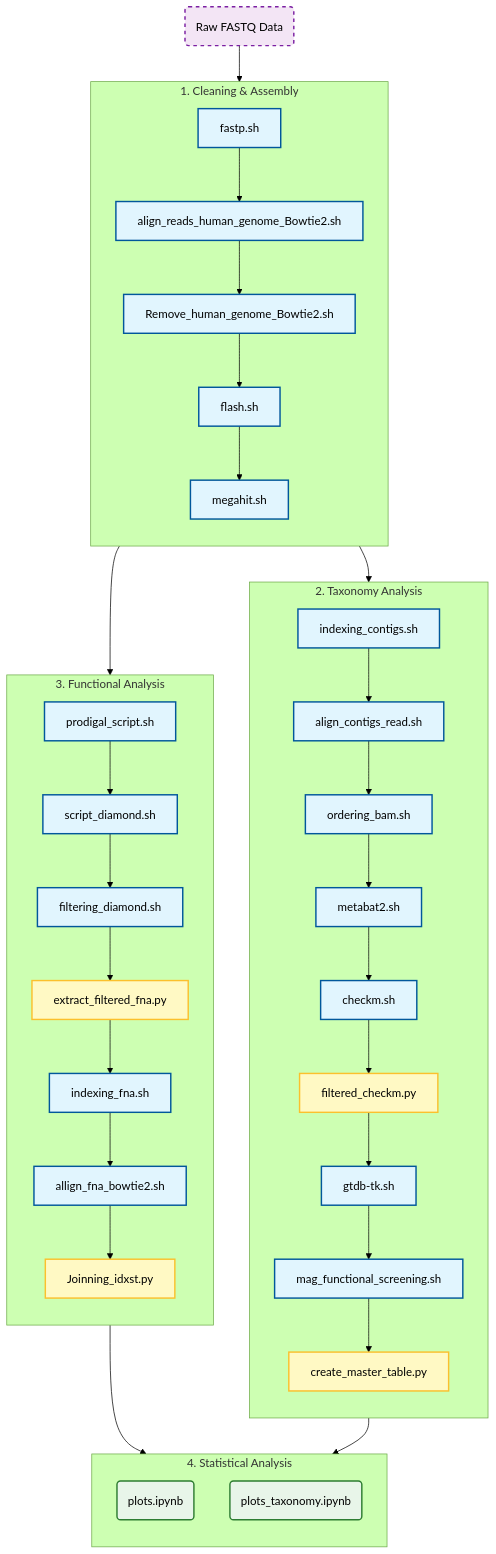
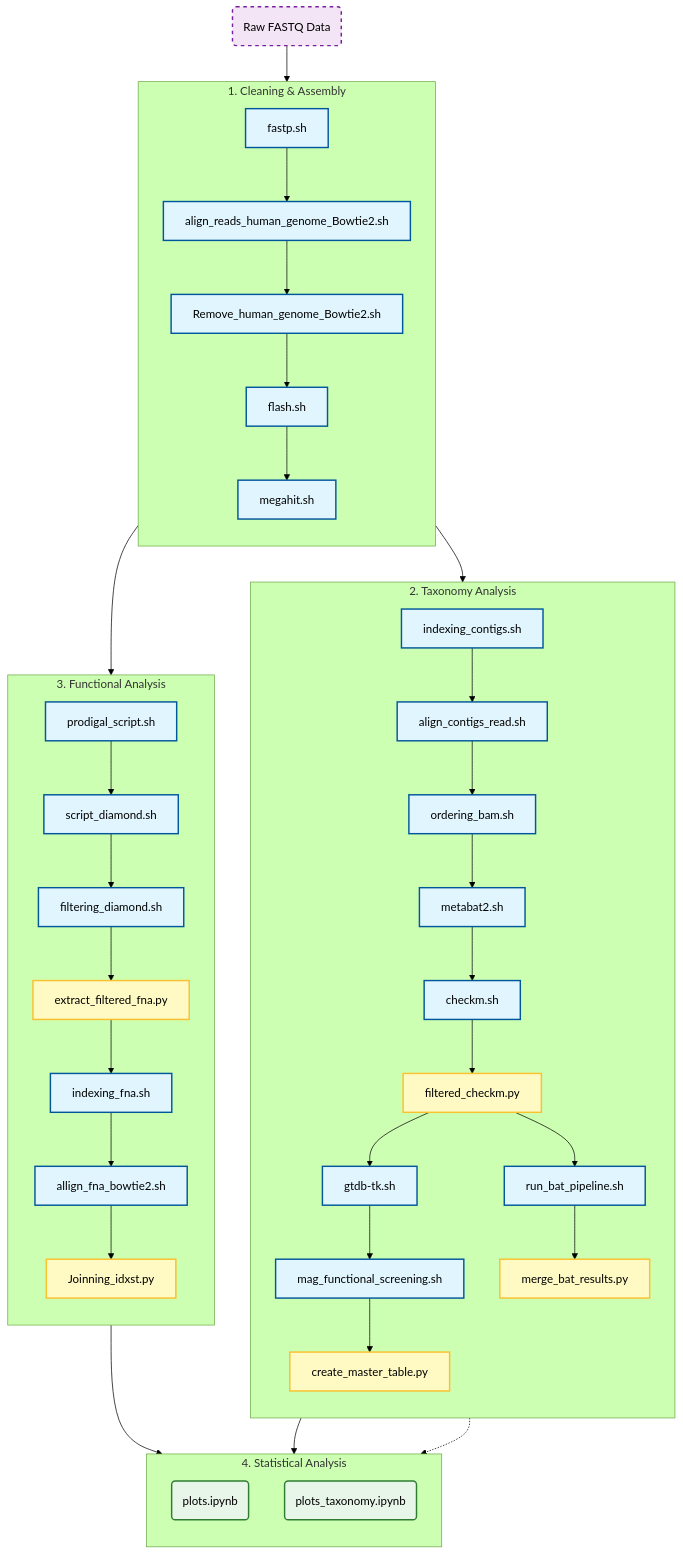
One commit to Marcosv21/Doc_project changed the diagram in README.md. Above: the diagram before and after it, drawn with Mermaid (forest theme). The commit also changed other lines of this file and 10 other files, not shown here.

First line of the commit message:
Add statistical analysis scripts and BAT classification pipeline

````diff
--- a/README.md
+++ b/README.md
@@ -29,59 +30,70 @@
 ```mermaid
 graph TD
-    %% Node Styles - Adicionei "color:#000000" para texto preto
+    %% Node Styles
     classDef shell fill:#e1f5fe,stroke:#01579b,stroke-width:2px,color:#000000;
     classDef python fill:#fff9c4,stroke:#fbc02d,stroke-width:2px,color:#000000;
     classDef ipynb fill:#e8f5e9,stroke:#2e7d32,stroke-width:2px,color:#000000;
     classDef start fill:#f3e5f5,stroke:#7b1fa2,stroke-width:2px,stroke-dasharray: 5 5,color:#000000;
 
     %% Start Node
     Input(Raw FASTQ Data):::start --> Clean1
 
     %% --- 1. CLEANING & ASSEMBLY ---
     subgraph Cleaning ["1. Cleaning & Assembly"]
         direction TB
         Clean1[fastp.sh]:::shell --> Clean2[align_reads_human_genome_Bowtie2.sh]:::shell
         Clean2 --> Clean3[Remove_human_genome_Bowtie2.sh]:::shell
         Clean3 --> Clean4[flash.sh]:::shell
         Clean4 --> Clean5[megahit.sh]:::shell
     end
 
     %% Fork: Assembly output goes to BOTH Functional and Taxonomy
     Clean5 --> Func1
     Clean5 --> Tax1
 
     %% --- 2. TAXONOMY ANALYSIS ---
     subgraph Taxonomy ["2. Taxonomy Analysis"]
         direction TB
         Tax1[indexing_contigs.sh]:::shell --> Tax2[align_contigs_read.sh]:::shell
         Tax2 --> Tax3[ordering_bam.sh]:::shell
         Tax3 --> Tax4[metabat2.sh]:::shell
         Tax4 --> Tax5[checkm.sh]:::shell
         Tax5 --> Tax6[filtered_checkm.py]:::python
+        
+        
+        
+        %% Caminho 1: GTDB (Padrão)
         Tax6 --> Tax7[gtdb-tk.sh]:::shell
         Tax7 --> Tax8[mag_functional_screening.sh]:::shell
         Tax8 --> Tax9[create_master_table.py]:::python
+
+        %% Caminho 2: BAT/CAT (Validação)
+        Tax6 --> TaxBAT1[run_bat_pipeline.sh]:::shell
+        TaxBAT1 --> TaxBAT2[merge_bat_results.py]:::python
     end
 
     %% --- 3. FUNCTIONAL ANALYSIS ---
     subgraph Functional ["3. Functional Analysis"]
         direction TB
         Func1[prodigal_script.sh]:::shell --> Func2[script_diamond.sh]:::shell
         Func2 --> Func3[filtering_diamond.sh]:::shell
         Func3 --> Func4[extract_filtered_fna.py]:::python
         Func4 --> Func5[indexing_fna.sh]:::shell
         Func5 --> Func6[allign_fna_bowtie2.sh]:::shell
         Func6 --> Func7[Joinning_idxst.py]:::python
     end
 
     %% --- 4. STATISTICAL ANALYSIS ---
     subgraph Stats ["4. Statistical Analysis"]
         direction TB
         %% Functional result -> plots.ipynb
         Func7 --> Stat1(plots.ipynb):::ipynb
         
         %% Taxonomy result -> plots_taxonomy.ipynb
         Tax9 --> Stat2(plots_taxonomy.ipynb):::ipynb
+        
+        %% BAT result -> plots_taxonomy.ipynb (Pontilhado para indicar suporte)
+        TaxBAT2 -.-> Stat2
     end
 
 ```
````
